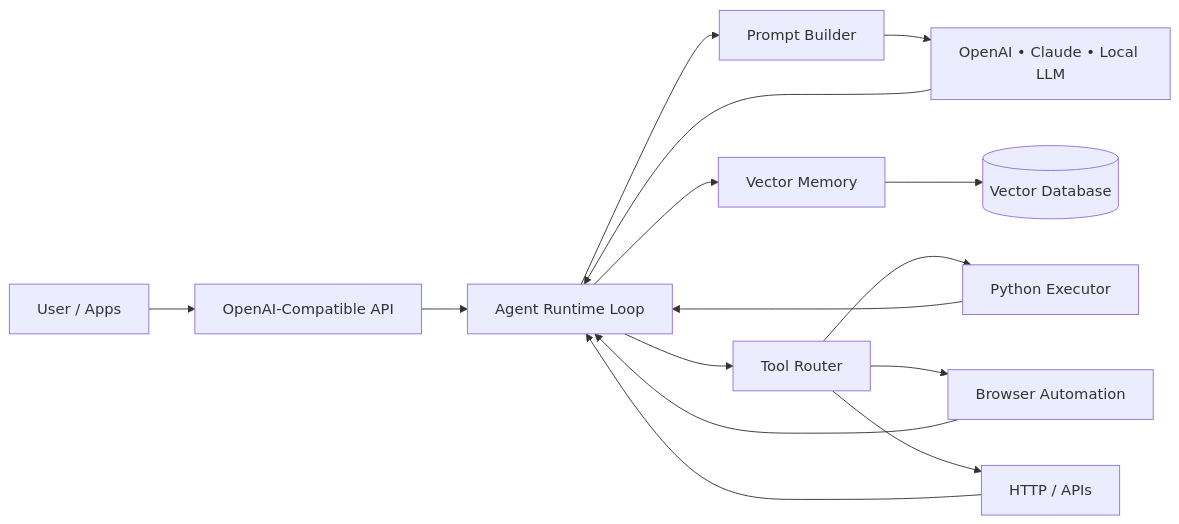
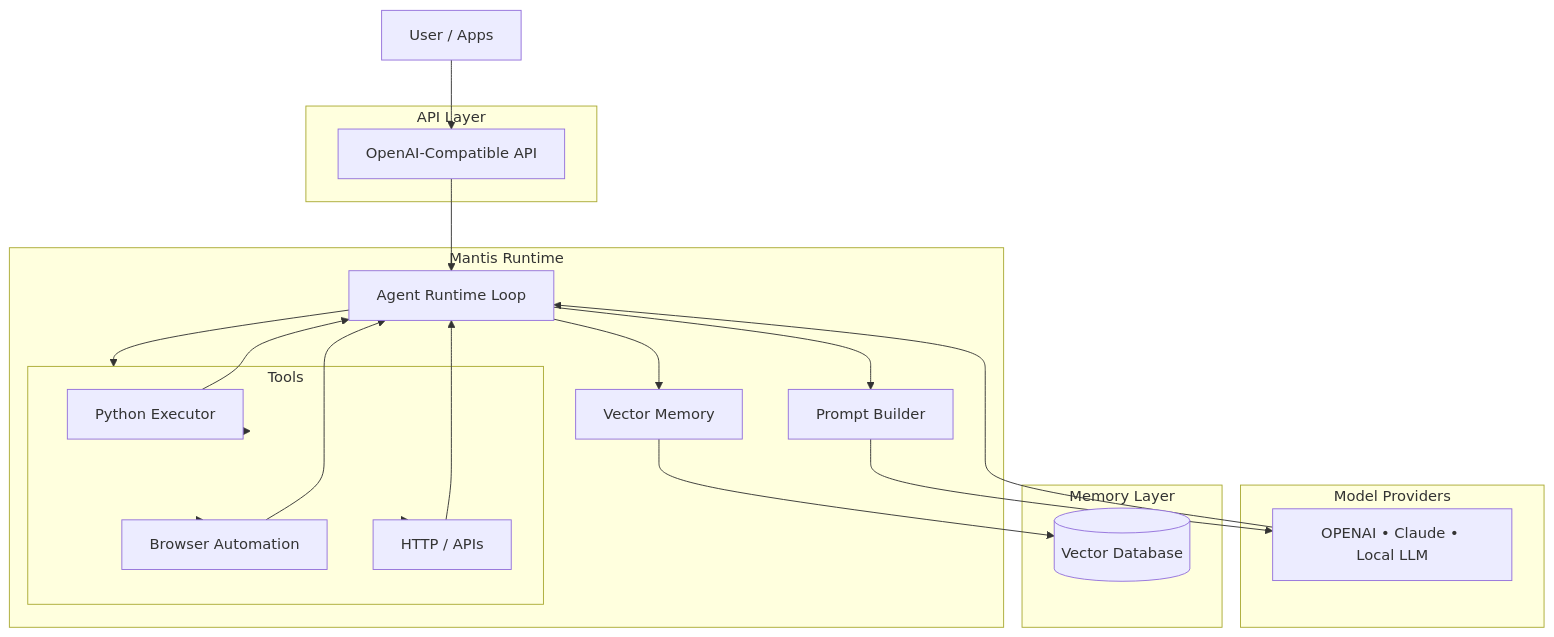
Before and after one commit to luisadrianpuga/mantis: the diagram in README.md, drawn with Mermaid. The commit also changed other lines of this file and 1 other file, not shown here.

Commit message:
readme & docs: additional documentation on architecture

````diff
--- a/README.md
+++ b/README.md
@@ -60,24 +60,49 @@
 ```mermaid
-flowchart LR
+flowchart TB
 
-User[User / Apps] --> API[OpenAI-Compatible API]
+User[User / Apps]
 
-API --> Agent[Agent Runtime Loop]
+subgraph API Layer
+API[OpenAI-Compatible API]
+end
 
-Agent --> Prompt[Prompt Builder]
-Agent --> Memory[Vector Memory]
-Agent --> Tools[Tool Router]
+subgraph Mantis Runtime
+Agent[Agent Runtime Loop]
+Prompt[Prompt Builder]
+Memory[Vector Memory]
+Tools[Tool Router]
+end
 
-Prompt --> LLM[OpenAI • Claude • Local LLM]
+subgraph Model Providers
+LLM[OPENAI • Claude • Local LLM]
+end
 
-Memory --> VectorDB[(Vector Database)]
+subgraph Memory Layer
+VectorDB[(Vector Database)]
+end
 
-Tools --> Python[Python Executor]
-Tools --> Browser[Browser Automation]
-Tools --> HTTP[HTTP / APIs]
+subgraph Tools
+Python[Python Executor]
+Browser[Browser Automation]
+HTTP[HTTP / APIs]
+end
+
+User --> API
+API --> Agent
+
+Agent --> Prompt
+Agent --> Memory
+Agent --> Tools
+
+Prompt --> LLM
+Memory --> VectorDB
+
+Tools --> Python
+Tools --> Browser
+Tools --> HTTP
 
 LLM --> Agent
 Python --> Agent
 Browser --> Agent
 HTTP --> Agent
 ```
````
